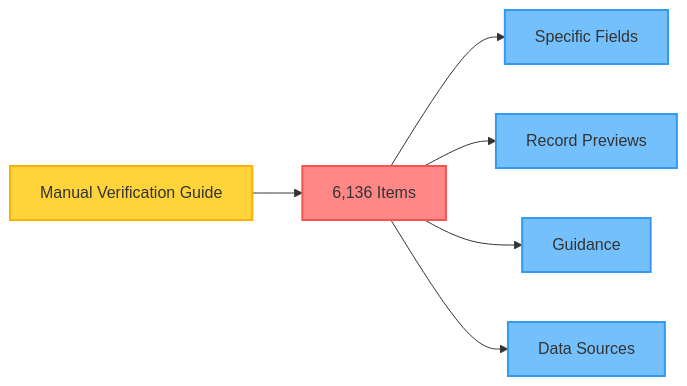
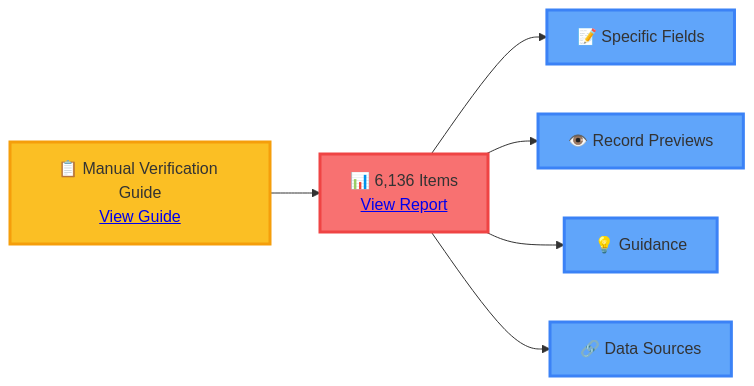
One commit to 1digitaldesign/kettler-data-analysis changed the third of 4 diagrams in data/processed/DATA_CLEANING_SUMMARY.md. Above: the diagram before and after it, drawn with Mermaid. The commit also changed other lines of this file and 8 other files, not shown here.

First line of the commit message:
fix: Improve dark mode contrast and add interactive elements to diagrams

````diff
--- a/data/processed/DATA_CLEANING_SUMMARY.md
+++ b/data/processed/DATA_CLEANING_SUMMARY.md
@@ -83,15 +83,15 @@
 ```mermaid
 graph LR
-    A[Manual Verification Guide] --> B[6,136 Items]
-    B --> C[Specific Fields]
-    B --> D[Record Previews]
-    B --> E[Guidance]
-    B --> F[Data Sources]
+    A["📋 Manual Verification Guide<br/><a href='data/processed/manual_verification_guide.json'>View Guide</a>"] --> B["📊 6,136 Items<br/><a href='data/processed/manual_verification_report.json'>View Report</a>"]
+    B --> C["📝 Specific Fields"]
+    B --> D["👁️ Record Previews"]
+    B --> E["💡 Guidance"]
+    B --> F["🔗 Data Sources"]
 
-    style A fill:#ffd43b,stroke:#fab005,stroke-width:2px
-    style B fill:#ff8787,stroke:#fa5252,stroke-width:2px
-    style C fill:#74c0fc,stroke:#339af0,stroke-width:2px
-    style D fill:#74c0fc,stroke:#339af0,stroke-width:2px
-    style E fill:#74c0fc,stroke:#339af0,stroke-width:2px
-    style F fill:#74c0fc,stroke:#339af0,stroke-width:2px
+    style A fill:#fbbf24,stroke:#f59e0b,stroke-width:3px
+    style B fill:#f87171,stroke:#ef4444,stroke-width:3px
+    style C fill:#60a5fa,stroke:#3b82f6,stroke-width:3px
+    style D fill:#60a5fa,stroke:#3b82f6,stroke-width:3px
+    style E fill:#60a5fa,stroke:#3b82f6,stroke-width:3px
+    style F fill:#60a5fa,stroke:#3b82f6,stroke-width:3px
 ```
````
